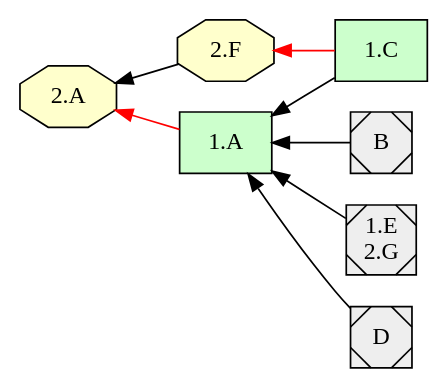
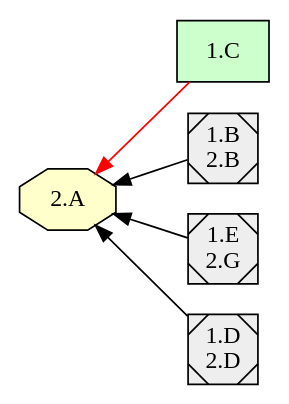
One commit to EulerProject/EulerX changed the diagram in example/abstract4/abstract4_0.dot. Above: the diagram before and after it, drawn with Graphviz. The commit also changed 12 other files, not shown here.

```diff
--- a/example/abstract4/abstract4_0.dot
+++ b/example/abstract4/abstract4_0.dot
@@ -1,44 +1,29 @@
 digraph {
 
 rankdir = RL
 
   node [shape=box style="filled" fillcolor="#CCFFCC"]
   "1.C"
-  "1.A"
-  "1.C"
-  "1.A"
-  "1.A"
-  "1.A"
-  "1.A"
   node [shape=octagon style="filled" fillcolor="#FFFFCC"]
-  "2.F"
-  "2.A"
-  "2.F"
   "2.A"
   "2.A"
   "2.A"
   "2.A"
   node [shape=Msquare style="filled" fillcolor="#EEEEEE"]
-  "B"
+  "1.B\n2.B"
   "1.E\n2.G"
-  "D"
-  "D"
+  "1.D\n2.D"
+  "1.D\n2.D"
   "1.E\n2.G"
-  "B"
-  "B"
+  "1.B\n2.B"
+  "1.B\n2.B"
   "1.E\n2.G"
-  "D"
-  "B"
-  "1.E\n2.G"
-  "D"
-  "1.C" -> "1.A" [style=filled, color=black];
-  "2.F" -> "2.A" [style=filled, color=black];
-  "1.C" -> "2.F" [style=filled, color=red];
-  "1.A" -> "2.A" [style=filled, color=red];
-  "B" -> "1.A" [style=filled, color=black];
-  "1.E\n2.G" -> "1.A" [style=filled, color=black];
-  "D" -> "1.A" [style=filled, color=black];
+  "1.D\n2.D"
+  "1.C" -> "2.A" [style=filled, color=red];
+  "1.B\n2.B" -> "2.A" [style=filled, color=black];
+  "1.E\n2.G" -> "2.A" [style=filled, color=black];
+  "1.D\n2.D" -> "2.A" [style=filled, color=black];
   subgraph cluster_lg {
     rankdir = LR
   }
 }
```
